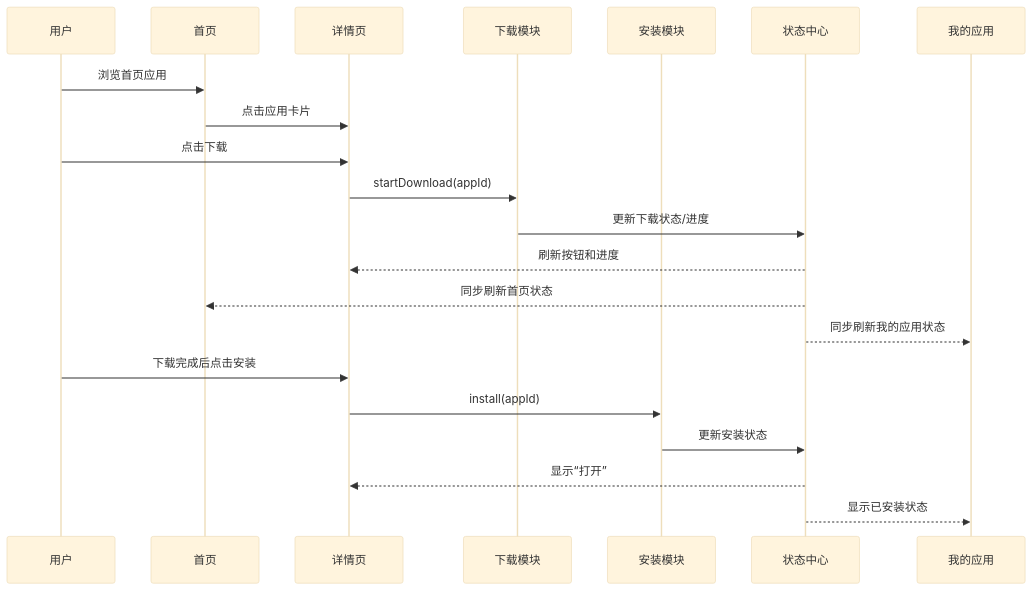
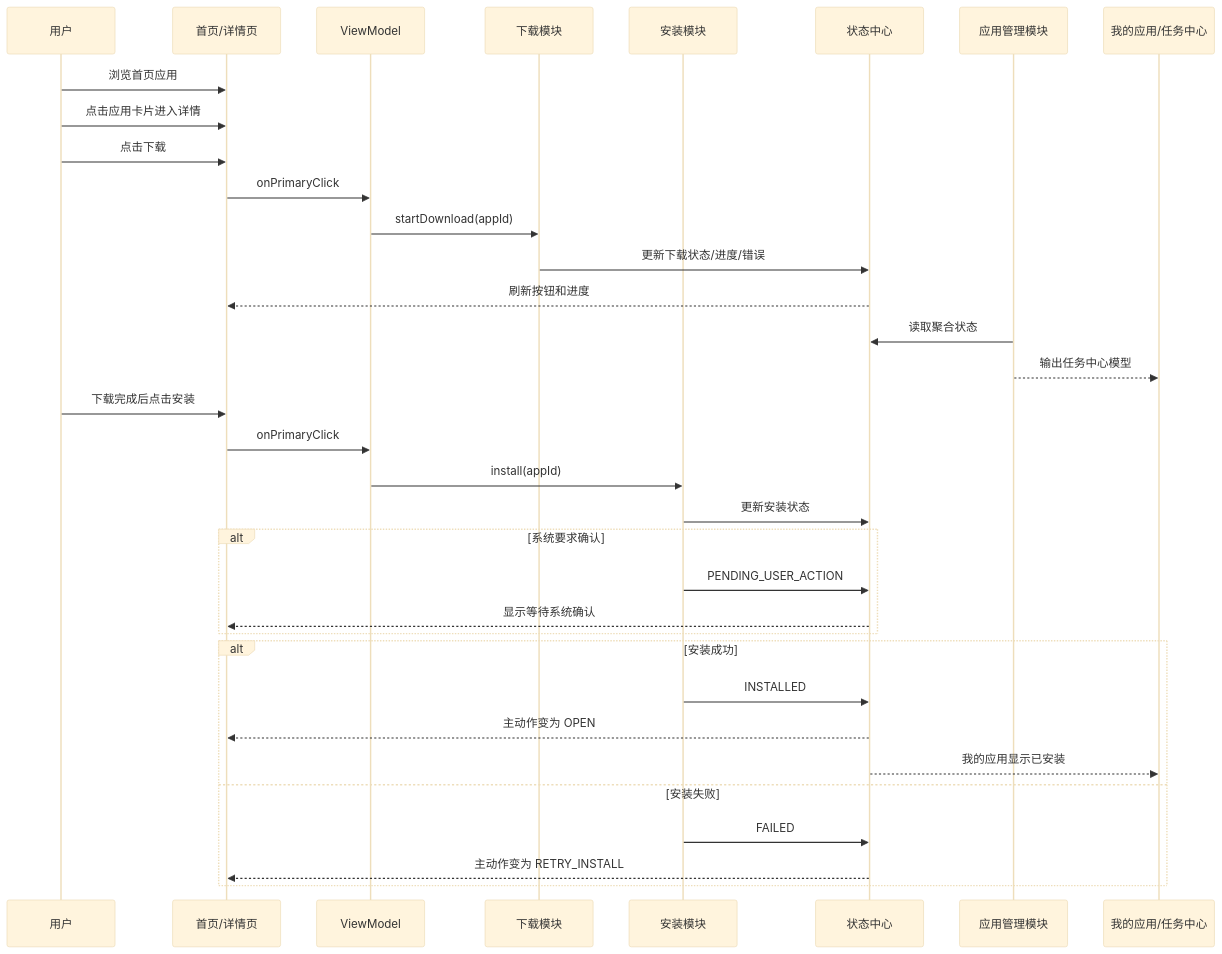
The second of 4 diagrams in docs/16-整体业务主链路总流程.md (XZQ/CarAppStore), drawn with Mermaid (base theme) before and after one commit. The commit also changed other lines of this file and 35 other files, not shown here.

Commit message:
Docs: reorganize architecture docs and handoff guide

````diff
--- a/docs/16-整体业务主链路总流程.md
+++ b/docs/16-整体业务主链路总流程.md
@@ -69,25 +76,41 @@
 ```mermaid
 sequenceDiagram
 participant U as 用户
-participant HOME as 首页
-participant DETAIL as 详情页
+participant HOME as 首页/详情页
+participant VM as ViewModel
 participant DM as 下载模块
 participant IM as 安装模块
 participant SC as 状态中心
-participant MY as 我的应用
+participant AM as 应用管理模块
+participant MY as 我的应用/任务中心
 
 U->>HOME: 浏览首页应用
-HOME->>DETAIL: 点击应用卡片
-U->>DETAIL: 点击下载
-DETAIL->>DM: startDownload(appId)
-DM->>SC: 更新下载状态/进度
-SC-->>DETAIL: 刷新按钮和进度
-SC-->>HOME: 同步刷新首页状态
-SC-->>MY: 同步刷新我的应用状态
+U->>HOME: 点击应用卡片进入详情
+U->>HOME: 点击下载
+HOME->>VM: onPrimaryClick
+VM->>DM: startDownload(appId)
 
-U->>DETAIL: 下载完成后点击安装
-DETAIL->>IM: install(appId)
+DM->>SC: 更新下载状态/进度/错误
+SC-->>HOME: 刷新按钮和进度
+AM->>SC: 读取聚合状态
+AM-->>MY: 输出任务中心模型
+
+U->>HOME: 下载完成后点击安装
+HOME->>VM: onPrimaryClick
+VM->>IM: install(appId)
 IM->>SC: 更新安装状态
-SC-->>DETAIL: 显示“打开”
-SC-->>MY: 显示已安装状态
+
+alt 系统要求确认
+    IM->>SC: PENDING_USER_ACTION
+    SC-->>HOME: 显示等待系统确认
+end
+
+alt 安装成功
+    IM->>SC: INSTALLED
+    SC-->>HOME: 主动作变为 OPEN
+    SC-->>MY: 我的应用显示已安装
+else 安装失败
+    IM->>SC: FAILED
+    SC-->>HOME: 主动作变为 RETRY_INSTALL
+end
 ```
````
